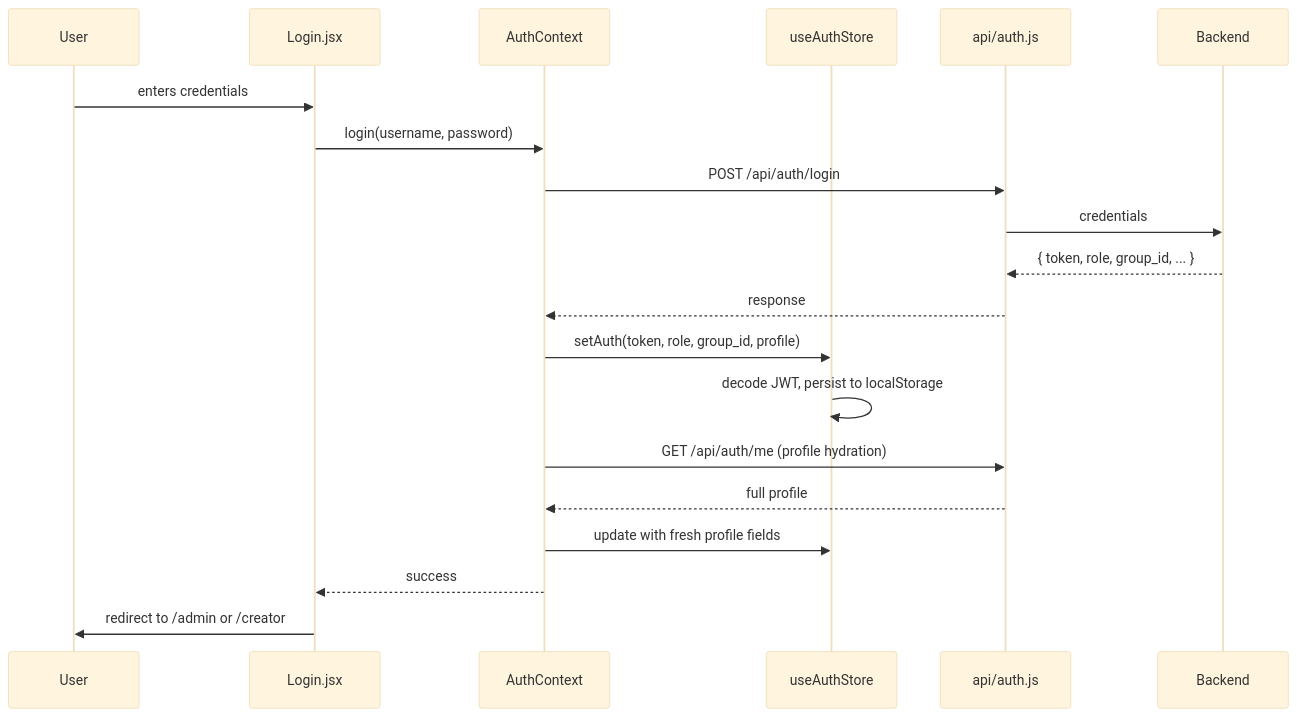
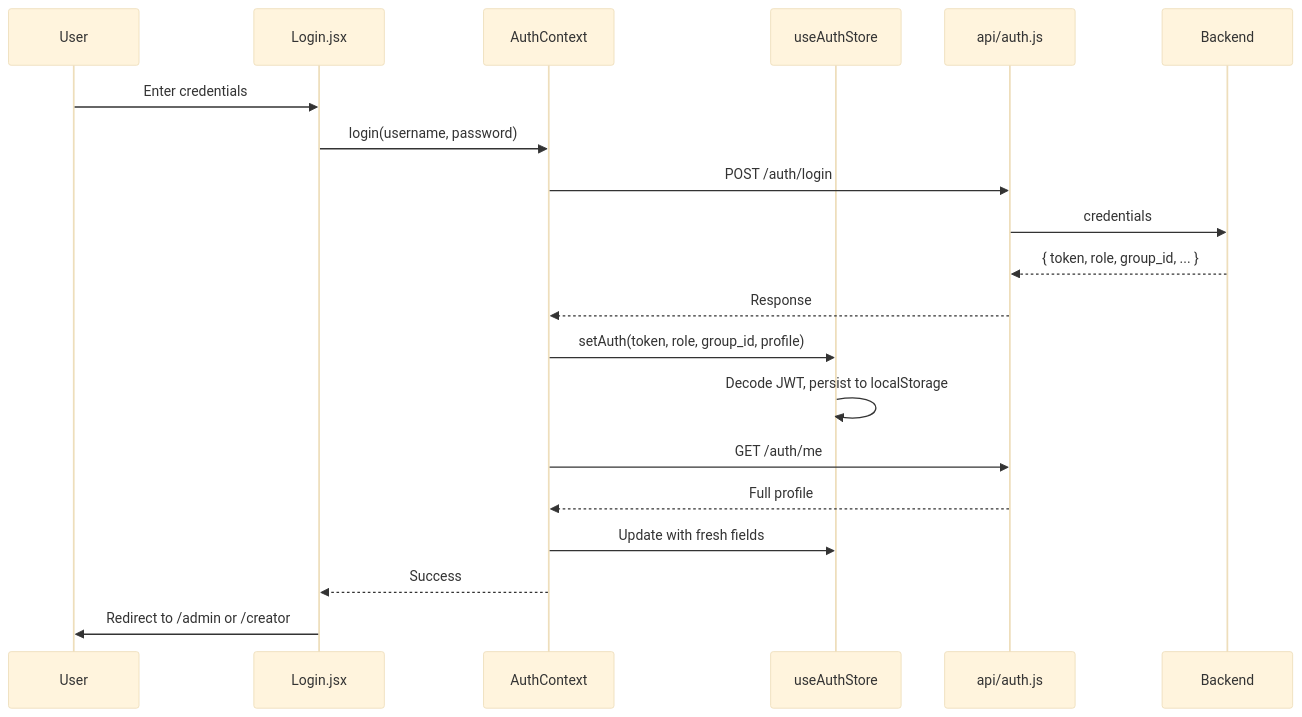
Before and after one commit to DevaBDM/Smart-Signage-System: the third of 5 diagrams in frontend/README.md, drawn with Mermaid (base theme). The commit also changed other lines of this file and 10 other files, not shown here.

````diff
--- a/frontend/README.md
+++ b/frontend/README.md
@@ -464,23 +197,23 @@
 ```mermaid
 sequenceDiagram
-    participant User
-    participant Login as Login.jsx
-    participant AuthCtx as AuthContext
-    participant Store as useAuthStore
+    participant U as User
+    participant L as Login.jsx
+    participant AC as AuthContext
+    participant ZS as useAuthStore
     participant API as api/auth.js
-    participant Backend
+    participant B as Backend
 
-    User->>Login: enters credentials
-    Login->>AuthCtx: login(username, password)
-    AuthCtx->>API: POST /api/auth/login
-    API->>Backend: credentials
-    Backend-->>API: { token, role, group_id, ... }
-    API-->>AuthCtx: response
-    AuthCtx->>Store: setAuth(token, role, group_id, profile)
-    Store->>Store: decode JWT, persist to localStorage
-    AuthCtx->>API: GET /api/auth/me (profile hydration)
-    API-->>AuthCtx: full profile
-    AuthCtx->>Store: update with fresh profile fields
-    AuthCtx-->>Login: success
-    Login->>User: redirect to /admin or /creator
+    U->>L: Enter credentials
+    L->>AC: login(username, password)
+    AC->>API: POST /auth/login
+    API->>B: credentials
+    B-->>API: { token, role, group_id, ... }
+    API-->>AC: Response
+    AC->>ZS: setAuth(token, role, group_id, profile)
+    ZS->>ZS: Decode JWT, persist to localStorage
+    AC->>API: GET /auth/me
+    API-->>AC: Full profile
+    AC->>ZS: Update with fresh fields
+    AC-->>L: Success
+    L->>U: Redirect to /admin or /creator
 ```
````
